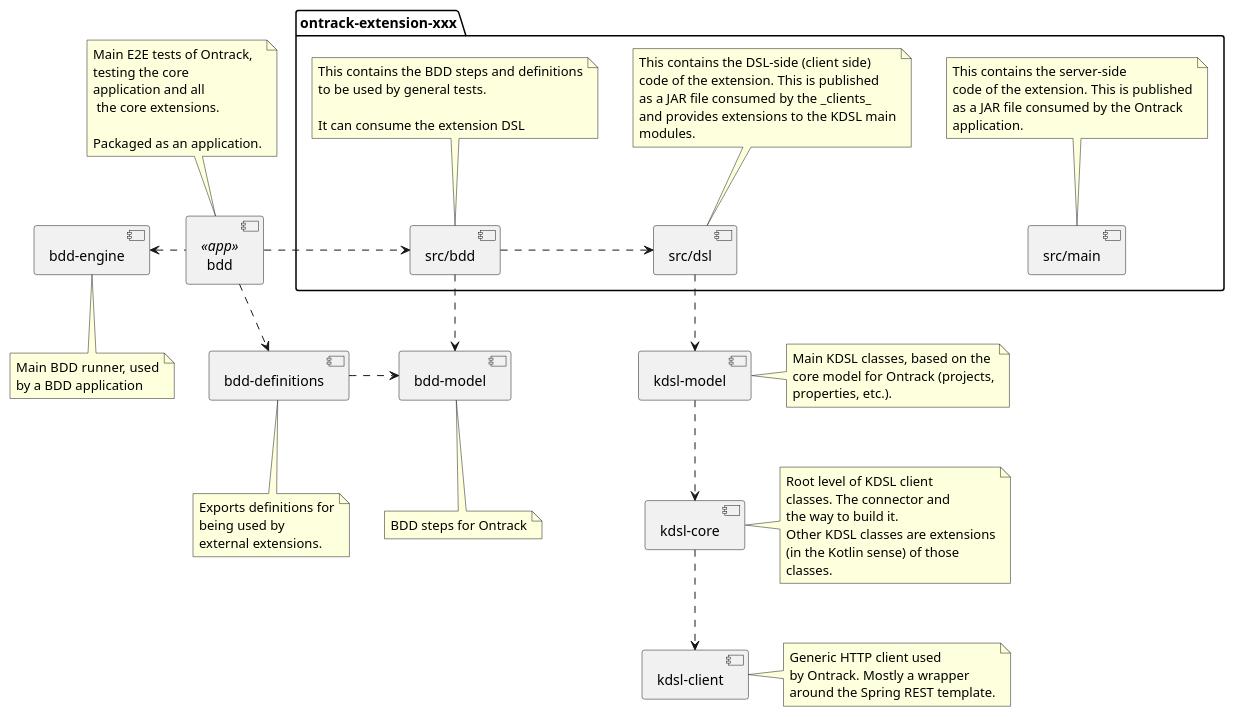
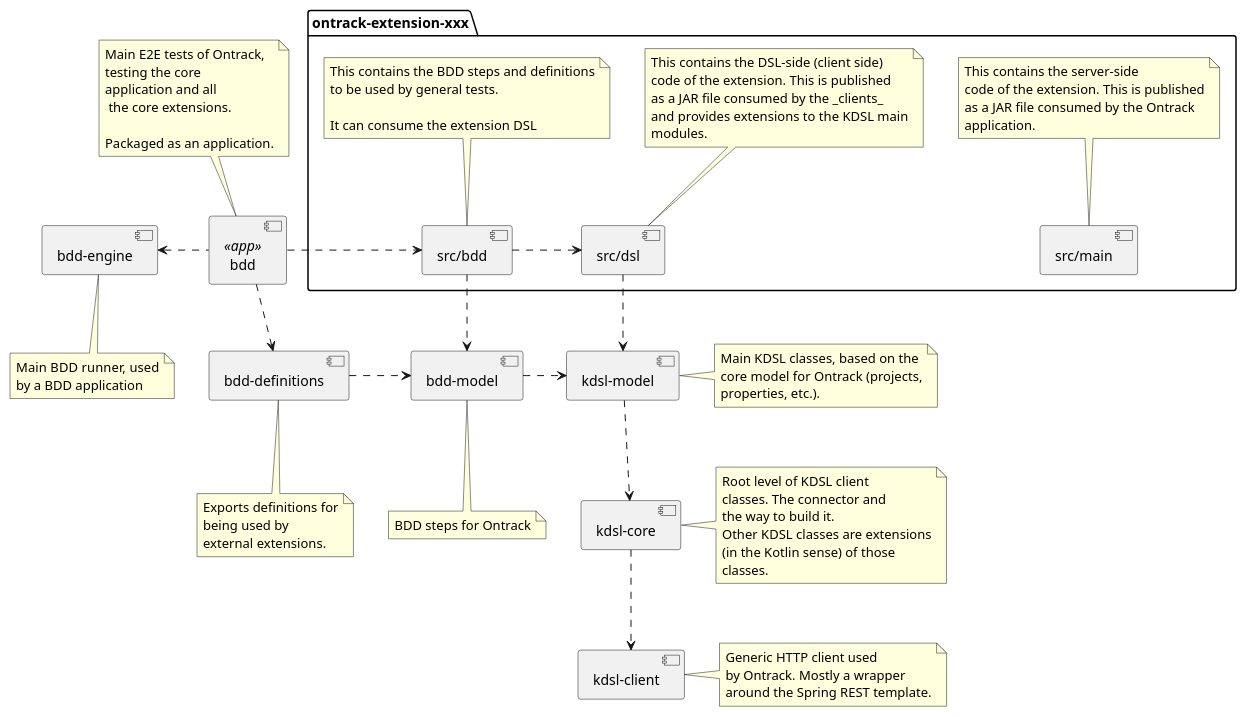
One commit to ReginaBabo/ontrack changed the diagram in ontrack-docs/src/docs/asciidoc/architecture-kdsl.puml. Above: the diagram before and after it, drawn with PlantUML. The commit also changed 45 other files, not shown here.

```diff
--- a/ontrack-docs/src/docs/asciidoc/architecture-kdsl.puml
+++ b/ontrack-docs/src/docs/asciidoc/architecture-kdsl.puml
@@ -1,109 +1,111 @@
 @startuml
 
 component "kdsl-client" as KDSLClient
 
 note right of KDSLClient
     Generic HTTP client used
     by Ontrack. Mostly a wrapper
     around the Spring REST template.
 end note
 
 component "kdsl-core" as KDSLCore
 
 KDSLCore ..> KDSLClient
 
 note right of KDSLCore
     Root level of KDSL client
     classes. The connector and
     the way to build it.
     Other KDSL classes are extensions
     (in the Kotlin sense) of those
     classes.
 end note
 
 component "kdsl-model" as KDSLModel
 
 KDSLModel ..> KDSLCore
 
 note right of KDSLModel
     Main KDSL classes, based on the
     core model for Ontrack (projects,
     properties, etc.).
 end note
 
 component "bdd-model" as BDDModel
+
+BDDModel .right.> KDSLModel
 
 note bottom of BDDModel
     BDD steps for Ontrack
 end note
 
 package "ontrack-extension-xxx" {
 
     component "src/main" as ExtensionJAR
 
     note top of ExtensionJAR
         This contains the server-side
         code of the extension. This is published
         as a JAR file consumed by the Ontrack
         application.
     end note
 
     component "src/dsl" as ExtensionDSL
 
     ExtensionDSL ..> KDSLModel
 
     note top of ExtensionDSL
         This contains the DSL-side (client side)
         code of the extension. This is published
         as a JAR file consumed by the _clients_
         and provides extensions to the KDSL main
         modules.
     end note
 
     component "src/bdd" as ExtensionBDD
 
     note top of ExtensionBDD
         This contains the BDD steps and definitions
         to be used by general tests.
 
         It can consume the extension DSL
     end note
 
     ExtensionBDD .right.> ExtensionDSL
     ExtensionBDD .down.> BDDModel
 
 }
 
 component "bdd-engine" as BDDEngine
 
 note bottom of BDDEngine
     Main BDD runner, used
     by a BDD application
 end note
 
 component "bdd-definitions" as BDDDefinitions
 
 BDDDefinitions .right.> BDDModel
 
 note bottom of BDDDefinitions
     Exports definitions for
     being used by
     external extensions.
 end note
 
 component "bdd" as BDDAcceptance <<app>>
 
 note top of BDDAcceptance
     Main E2E tests of Ontrack,
     testing the core
     application and all
      the core extensions.
 
     Packaged as an application.
 end note
 
 BDDAcceptance .down.> BDDDefinitions
 BDDAcceptance .left.> BDDEngine
 BDDAcceptance .right.> ExtensionBDD
 
 @enduml
```
